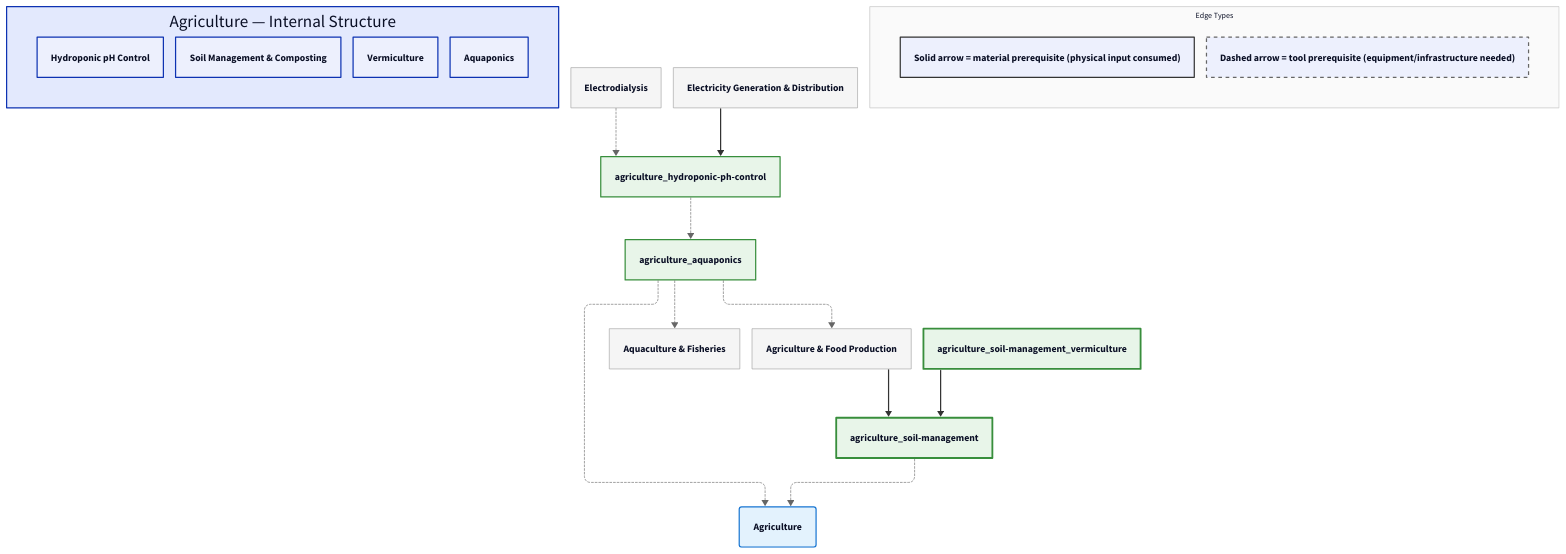
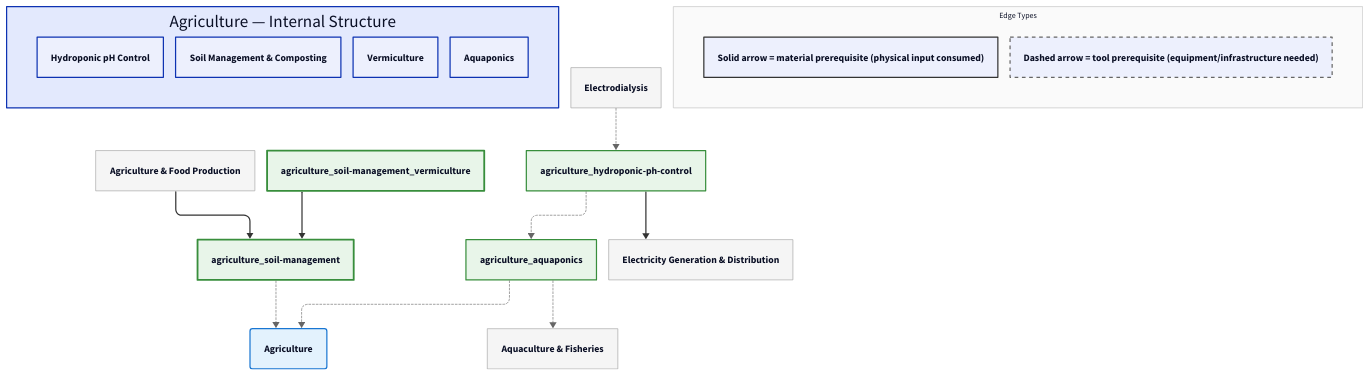
Before and after one commit to egofree/TechTree: the diagram in diagrams/d2/agriculture.d2, drawn with D2. The commit also changed 13 other files, not shown here.

First line of the commit message:
chore: regenerate diagrams after hyperlink changes

```diff
--- a/diagrams/d2/agriculture.d2
+++ b/diagrams/d2/agriculture.d2
@@ -1,149 +1,148 @@
 vars: {
   d2-config: {
     layout-engine: elk
     pad: 20
     center: true
   }
 }
 
 direction: down
 
 classes: {
   domain: {
     style: {
       fill: "#e3f2fd"
       stroke: "#1976d2"
       stroke-width: 2
       border-radius: 4
     }
   }
   capability: {
     style: {
       fill: "#e8f5e9"
       stroke: "#388e3c"
       stroke-width: 2
     }
   }
   process: {
     style: {
       fill: "#fff3e0"
       stroke: "#f57c00"
       stroke-width: 2
     }
   }
   critical: {
     style: {
       fill: "#fff3e0"
       stroke: "#f57c00"
       stroke-width: 3
       bold: true
     }
   }
   earlyWin: {
     style: {
       fill: "#e8f5e9"
       stroke: "#388e3c"
       stroke-width: 3
     }
   }
   pinnacle: {
     style: {
       fill: "#fce4ec"
       stroke: "#c62828"
       stroke-width: 3
       bold: true
     }
   }
   external: {
     style: {
       fill: "#f5f5f5"
       stroke: "#9e9e9e"
       stroke-width: 1
     }
   }
   legend: {
     style: {
       fill: "#fafafa"
       stroke: "#bdbdbd"
       stroke-width: 1
       font-size: 13
     }
   }
   material-edge: {
     style: {
       stroke: "#333333"
       stroke-width: 2
     }
   }
   tool-edge: {
     style: {
       stroke: "#666666"
       stroke-width: 1
       stroke-dash: 3
     }
   }
 }
 
 # ==================== INTERNAL NODES ====================
 agriculture_internal: "Agriculture — Internal Structure" {
   agriculture_hydroponic-ph-control: Hydroponic pH Control
   agriculture_soil-management: "Soil Management & Composting"
   agriculture_soil-management_vermiculture: Vermiculture
   agriculture_aquaponics: Aquaponics
 }
 
 # ==================== DOMAIN NODE ====================
 agriculture: Agriculture
 
 # ==================== EXTERNAL DEPENDENCIES ====================
 animals_aquaculture: "Aquaculture & Fisheries" {
   shape: rectangle
 }
 chemistry_electrodialysis: Electrodialysis {
   shape: rectangle
 }
 energy_electricity: "Electricity Generation & Distribution" {
   shape: rectangle
 }
 foundations_food-agriculture: "Agriculture & Food Production" {
   shape: rectangle
 }
 
 # ==================== EDGES ====================
 agriculture_soil-management -> agriculture: { class: tool-edge }
 agriculture_soil-management_vermiculture -> agriculture_soil-management: { class: material-edge }
 agriculture_aquaponics -> agriculture: { class: tool-edge }
 agriculture_hydroponic-ph-control -> agriculture_aquaponics: { class: tool-edge }
-energy_electricity -> agriculture_hydroponic-ph-control: { class: material-edge }
+agriculture_hydroponic-ph-control -> energy_electricity: { class: material-edge }
 chemistry_electrodialysis -> agriculture_hydroponic-ph-control: { class: tool-edge }
 foundations_food-agriculture -> agriculture_soil-management: { class: material-edge }
 agriculture_aquaponics -> animals_aquaculture: { class: tool-edge }
-agriculture_aquaponics -> foundations_food-agriculture: { class: tool-edge }
 
 # ==================== STYLING ====================
 agriculture.class: domain
 agriculture_hydroponic-ph-control.class: capability
 agriculture_soil-management.class: earlyWin
 agriculture_soil-management_vermiculture.class: earlyWin
 agriculture_aquaponics.class: capability
 animals_aquaculture.class: external
 chemistry_electrodialysis.class: external
 energy_electricity.class: external
 foundations_food-agriculture.class: external
 
 # ==================== LEGEND ====================
 d2-legend: "Edge Types" {
   class: legend
   mat: "Solid arrow = material prerequisite (physical input consumed)" {
     style: {
       stroke: "#333333"
       stroke-width: 2
     }
   }
   tool: "Dashed arrow = tool prerequisite (equipment/infrastructure needed)" {
     style: {
       stroke: "#666666"
       stroke-dash: 3
     }
   }
 }
```
